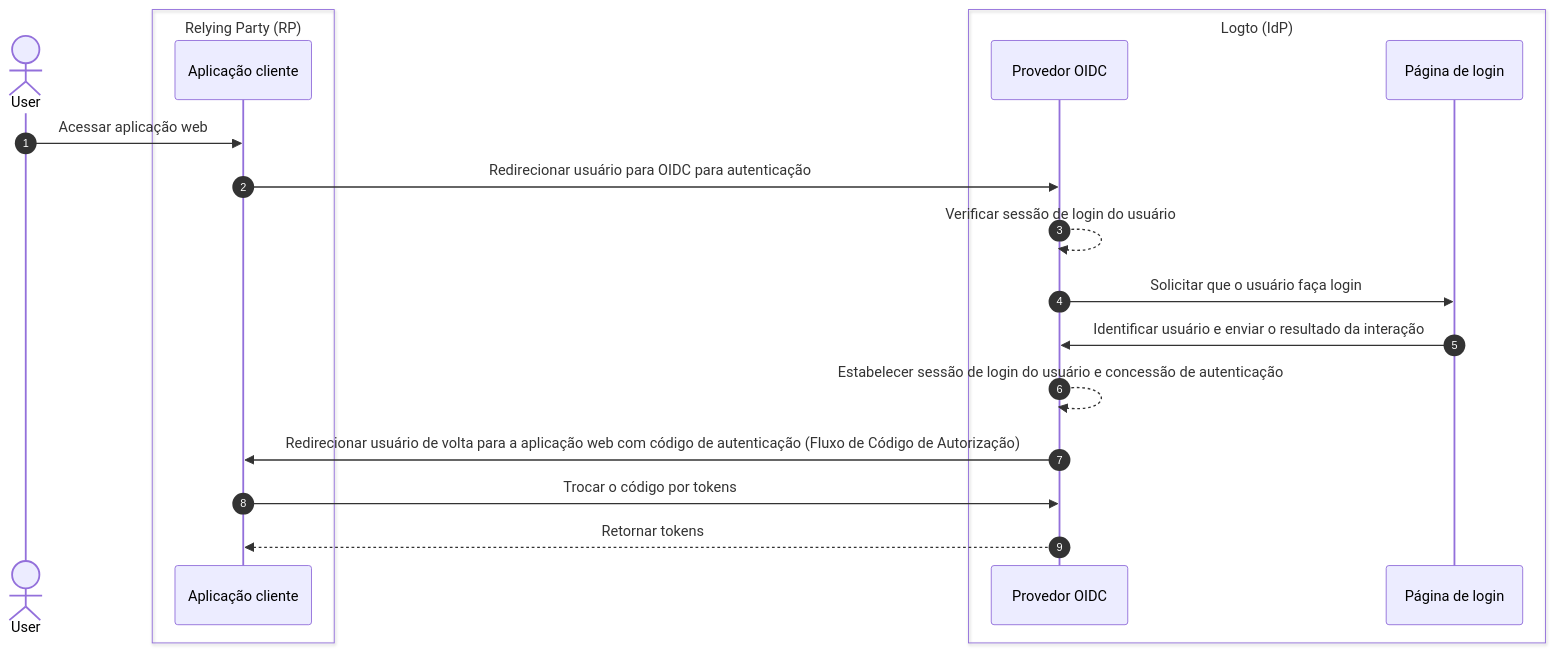
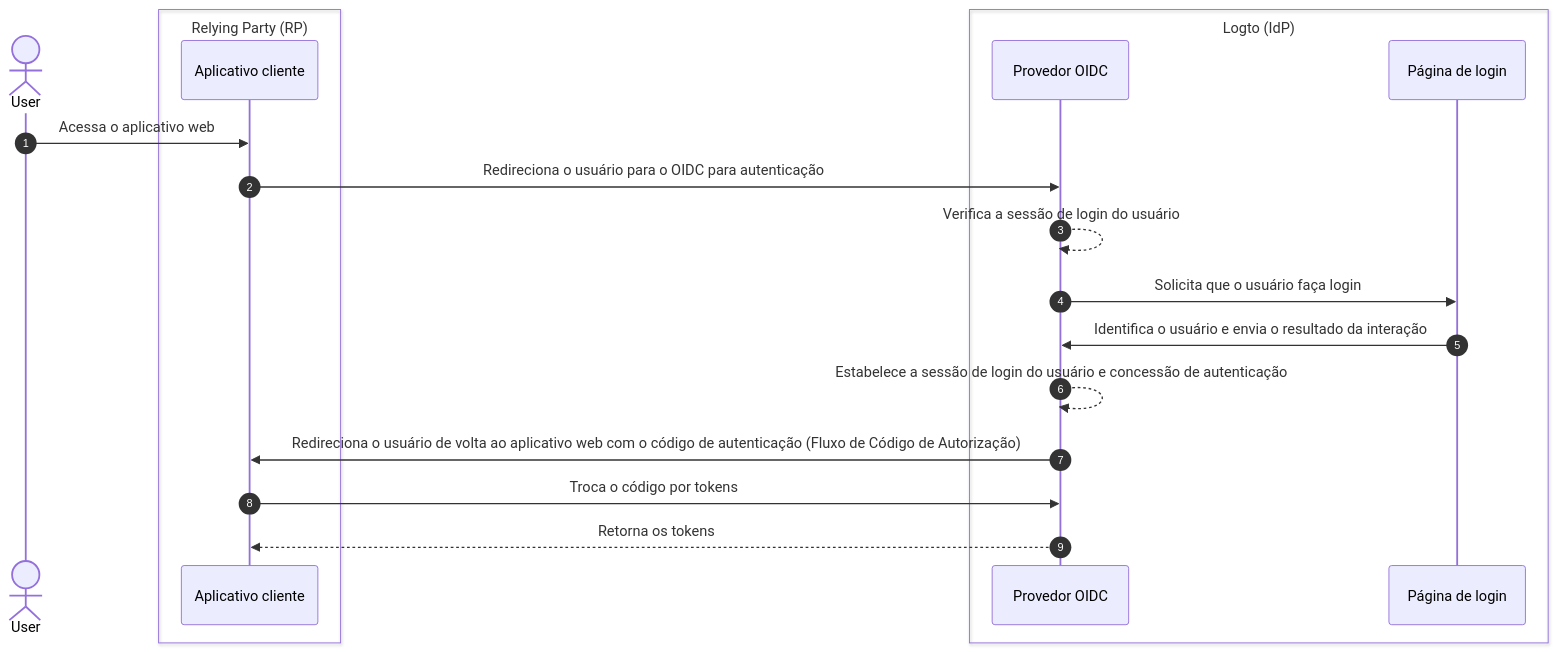
The first of 3 diagrams in i18n/pt-BR/docusaurus-plugin-content-docs/current/end-user-flows/sign-out.mdx (logto-io/docs), drawn with Mermaid before and after one commit. The commit also changed other lines of this file and 162 other files, not shown here.

````diff
--- a/i18n/pt-BR/docusaurus-plugin-content-docs/current/end-user-flows/sign-out.mdx
+++ b/i18n/pt-BR/docusaurus-plugin-content-docs/current/end-user-flows/sign-out.mdx
@@ -13,24 +13,24 @@
 ```mermaid
   sequenceDiagram
     autonumber
     actor User
 
     box Relying Party (RP)
-      participant Client as Aplicação cliente
+      participant Client as Aplicativo cliente
     end
 
     box Logto (IdP)
       participant OIDC as Provedor OIDC
       participant SignIn as Página de login
     end
 
-    User ->> Client: Acessar aplicação web
-    Client ->> OIDC: Redirecionar usuário para OIDC para autenticação
-    OIDC -->> OIDC: Verificar sessão de login do usuário
-    OIDC ->> SignIn: Solicitar que o usuário faça login
-    SignIn ->> OIDC: Identificar usuário e enviar o resultado da interação
-    OIDC -->> OIDC: Estabelecer sessão de login do usuário e concessão de autenticação
-    OIDC ->> Client: Redirecionar usuário de volta para a aplicação web com código de autenticação (Fluxo de Código de Autorização)
-    Client ->> OIDC: Trocar o código por tokens
-    OIDC -->> Client: Retornar tokens
+    User ->> Client: Acessa o aplicativo web
+    Client ->> OIDC: Redireciona o usuário para o OIDC para autenticação
+    OIDC -->> OIDC: Verifica a sessão de login do usuário
+    OIDC ->> SignIn: Solicita que o usuário faça login
+    SignIn ->> OIDC: Identifica o usuário e envia o resultado da interação
+    OIDC -->> OIDC: Estabelece a sessão de login do usuário e concessão de autenticação
+    OIDC ->> Client: Redireciona o usuário de volta ao aplicativo web com o código de autenticação (Fluxo de Código de Autorização)
+    Client ->> OIDC: Troca o código por tokens
+    OIDC -->> Client: Retorna os tokens
 ```
````
